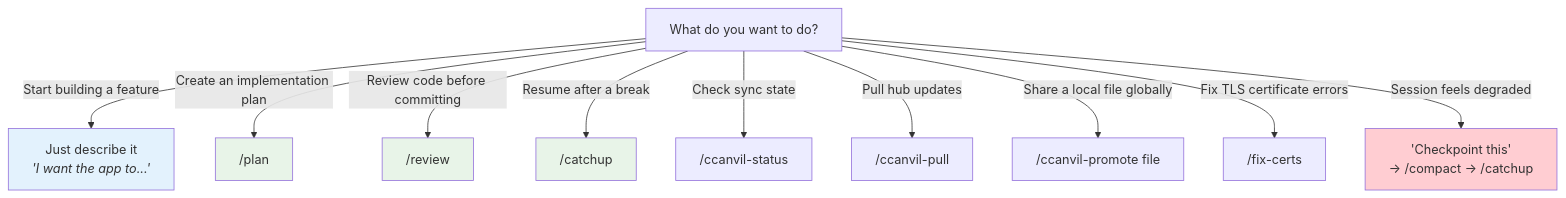
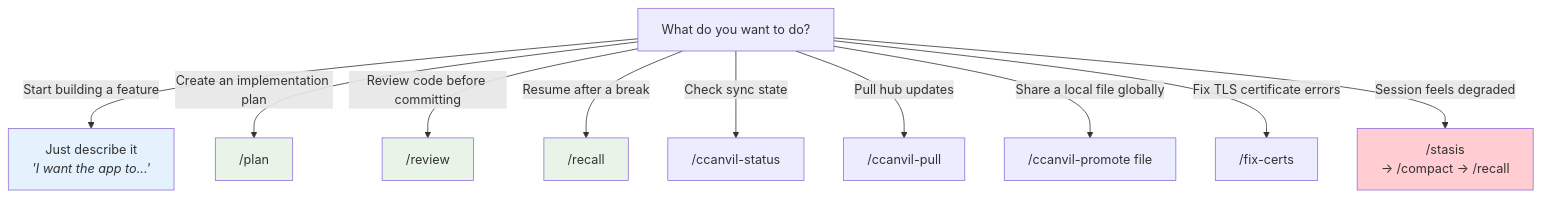
The first of 3 diagrams in .ccanvil/guide/decision-guide.md (goldhaxx/fucina), drawn with Mermaid before and after one commit. The commit also changed other lines of this file and 15 other files, not shown here.

````diff
--- a/.ccanvil/guide/decision-guide.md
+++ b/.ccanvil/guide/decision-guide.md
@@ -5,20 +5,20 @@
 ```mermaid
 flowchart TD
     Q["What do you want to do?"]
 
     Q -->|"Start building a feature"| A1["Just describe it<br/><i>'I want the app to...'</i>"]
     Q -->|"Create an implementation plan"| A2["/plan"]
     Q -->|"Review code before committing"| A3["/review"]
-    Q -->|"Resume after a break"| A4["/catchup"]
+    Q -->|"Resume after a break"| A4["/recall"]
     Q -->|"Check sync state"| A5["/ccanvil-status"]
     Q -->|"Pull hub updates"| A6["/ccanvil-pull"]
     Q -->|"Share a local file globally"| A7["/ccanvil-promote file"]
     Q -->|"Fix TLS certificate errors"| A8["/fix-certs"]
-    Q -->|"Session feels degraded"| A9["'Checkpoint this'<br/>→ /compact → /catchup"]
+    Q -->|"Session feels degraded"| A9["/stasis<br/>→ /compact → /recall"]
 
     style A1 fill:#e3f2fd
     style A2 fill:#e8f4e8
     style A3 fill:#e8f4e8
     style A4 fill:#e8f4e8
     style A9 fill:#ffcdd2
 ```
````
